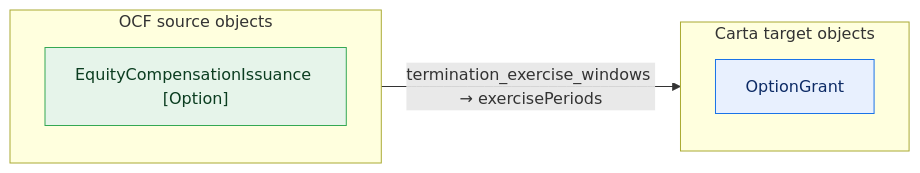
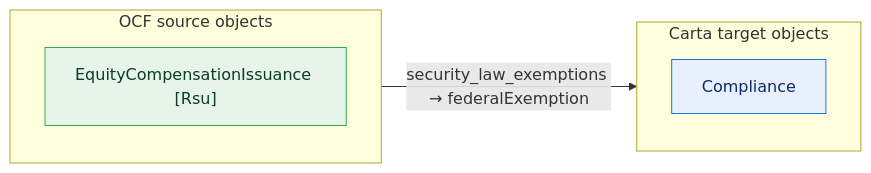
Diagram 16 of 25 in core-rich/core-upstream.md (Open-Cap-Table-Coalition/OCF-Composed-Schemas), drawn with Mermaid before and after one commit. The commit also changed other lines of this file and 12 other files, not shown here.

First line of the commit message:
Core: map security_law_exemptions + reason_text (fix false drops)

````diff
--- a/core-rich/core-upstream.md
+++ b/core-rich/core-upstream.md
@@ -199,16 +319,16 @@
 ```mermaid
 flowchart LR
   classDef adm fill:#e6f4ea,stroke:#34a853,color:#0b3d20;
   classDef notadm fill:#f1f3f4,stroke:#9aa0a6,color:#5f6368,stroke-dasharray:4 3;
   classDef carta fill:#e8f0fe,stroke:#1a73e8,color:#0d2b66;
   classDef sink fill:#fce8e6,stroke:#d93025,color:#5c0d06;
   subgraph SRC["OCF source objects"]
     direction TB
-    o0["EquityCompensationIssuance [Option]"]:::adm
+    o0["EquityCompensationIssuance [Rsu]"]:::adm
   end
   subgraph TGT["Carta target objects"]
     direction TB
-    t0["OptionGrant"]:::carta
+    t0["Compliance"]:::carta
   end
-  o0 -->|"termination_exercise_windows → exercisePeriods"| t0
+  o0 -->|"security_law_exemptions → federalExemption"| t0
 ```
````
